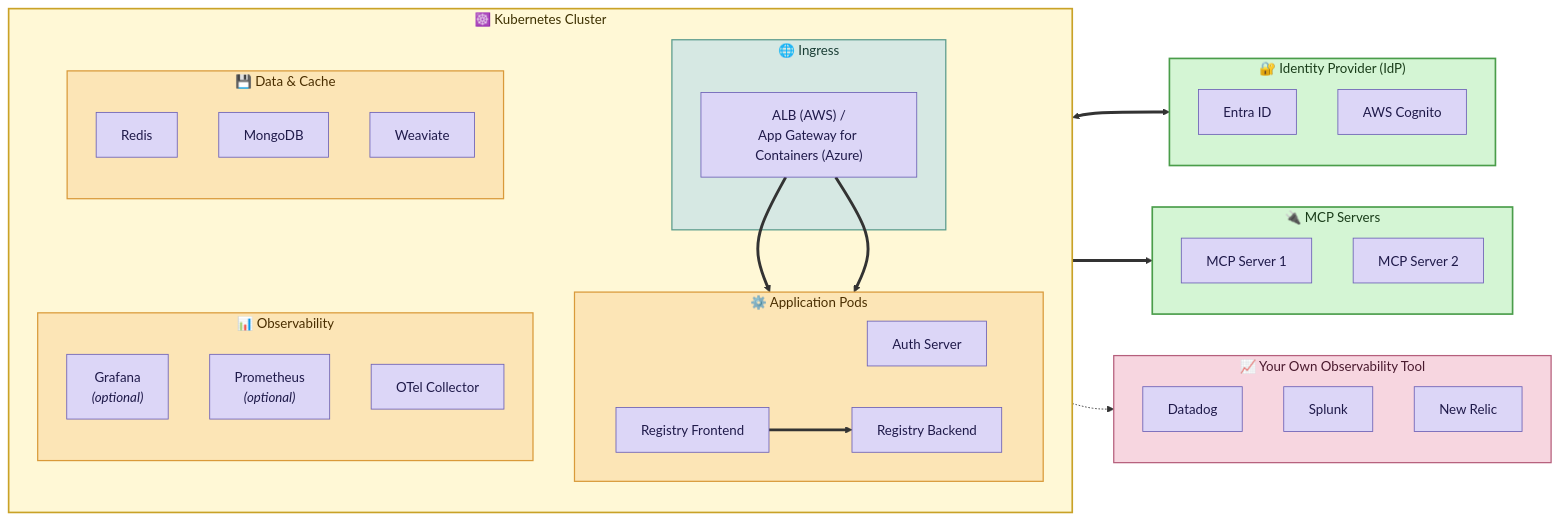
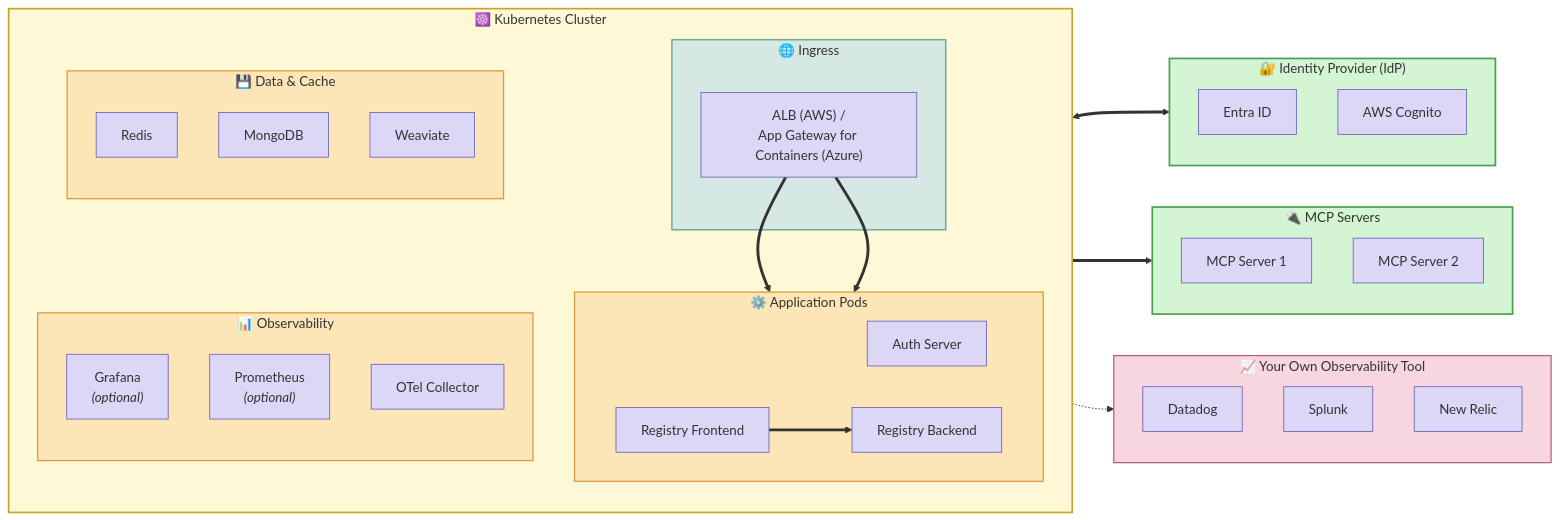
Before and after one commit to ascending-llc/jarvis-registry: the diagram in docs/deployment-guide.md, drawn with Mermaid. The commit also changed other lines of this file and 1 other file, not shown here.

Commit message:
mermaind css fix and guideline seo (#335)

```diff
--- a/docs/deployment-guide.md
+++ b/docs/deployment-guide.md
@@ -88,15 +88,15 @@
     DataCache ~~~ Observability
 
     %% ===== Styling =====
-    classDef idpStyle fill:#d4f5d4,stroke:#4a9d4a,stroke-width:2px,color:#1a3d1a
-    classDef k8sStyle fill:#fff8d6,stroke:#c9a227,stroke-width:2px,color:#3d3000
-    classDef ingressStyle fill:#d6e8e3,stroke:#5a9b8c,stroke-width:1.5px,color:#1a3d35
-    classDef podsStyle fill:#fce5b6,stroke:#d99a3a,stroke-width:1.5px,color:#4a2e00
-    classDef dataStyle fill:#fce5b6,stroke:#d99a3a,stroke-width:1.5px,color:#4a2e00
-    classDef obsStyle fill:#fce5b6,stroke:#d99a3a,stroke-width:1.5px,color:#4a2e00
-    classDef remoteStyle fill:#d4f5d4,stroke:#4a9d4a,stroke-width:2px,color:#1a3d1a
-    classDef nodeStyle fill:#dcd6f7,stroke:#6b5fb5,stroke-width:1px,color:#1f1a4a
-    classDef extStyle fill:#f7d6e0,stroke:#b55f7c,stroke-width:1.5px,color:#4a1a2e
+    classDef idpStyle fill:#d4f5d4,stroke:#4a9d4a,stroke-width:2px
+    classDef k8sStyle fill:#fff8d6,stroke:#c9a227,stroke-width:2px
+    classDef ingressStyle fill:#d6e8e3,stroke:#5a9b8c,stroke-width:1.5px
+    classDef podsStyle fill:#fce5b6,stroke:#d99a3a,stroke-width:1.5px
+    classDef dataStyle fill:#fce5b6,stroke:#d99a3a,stroke-width:1.5px
+    classDef obsStyle fill:#fce5b6,stroke:#d99a3a,stroke-width:1.5px
+    classDef remoteStyle fill:#d4f5d4,stroke:#4a9d4a,stroke-width:2px
+    classDef nodeStyle fill:#dcd6f7,stroke:#6b5fb5,stroke-width:1px
+    classDef extStyle fill:#f7d6e0,stroke:#b55f7c,stroke-width:1.5px
 
     class IdP idpStyle
     class K8s k8sStyle
```
